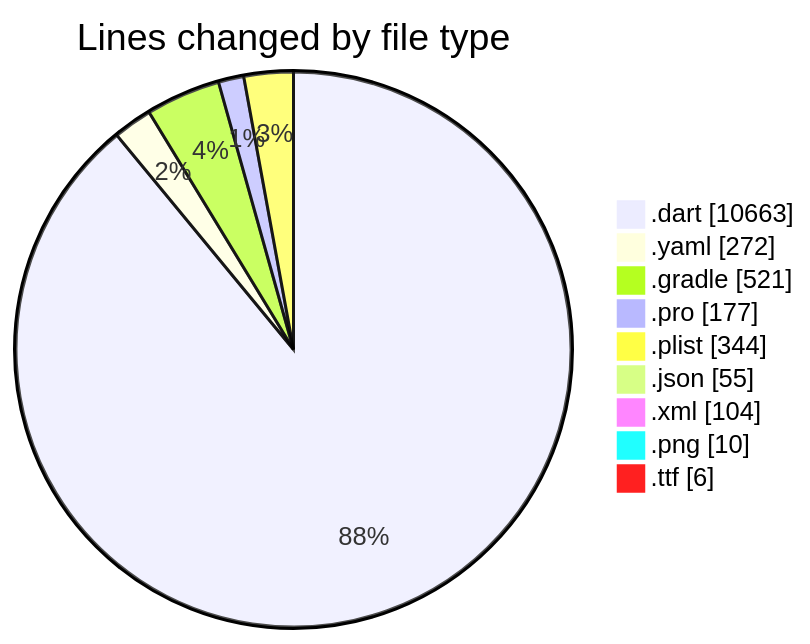
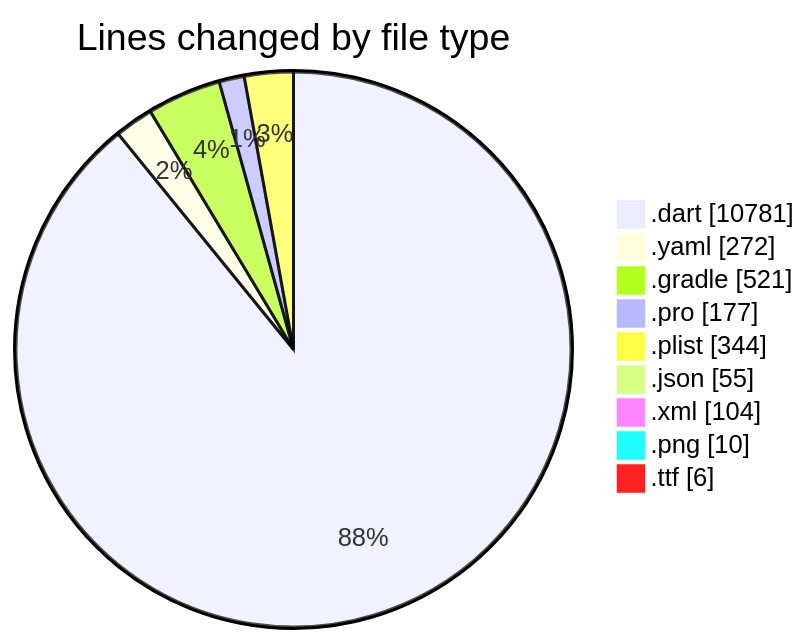
The first of 2 diagrams in 2025-07-29/appproject/README.md (lephambinh05/code-tracking), drawn with Mermaid before and after one commit. The commit also changed other lines of this file and 1 other file, not shown here.

````diff
--- a/2025-07-29/appproject/README.md
+++ b/2025-07-29/appproject/README.md
@@ -63,13 +63,13 @@
 ```mermaid
 pie showData
 title Lines changed by file type
-".dart" : 10663
+".dart" : 10781
 ".yaml" : 272
 ".gradle" : 521
 ".pro" : 177
 ".plist" : 344
 ".json" : 55
 ".xml" : 104
 ".png" : 10
 ".ttf" : 6
 ```
````
